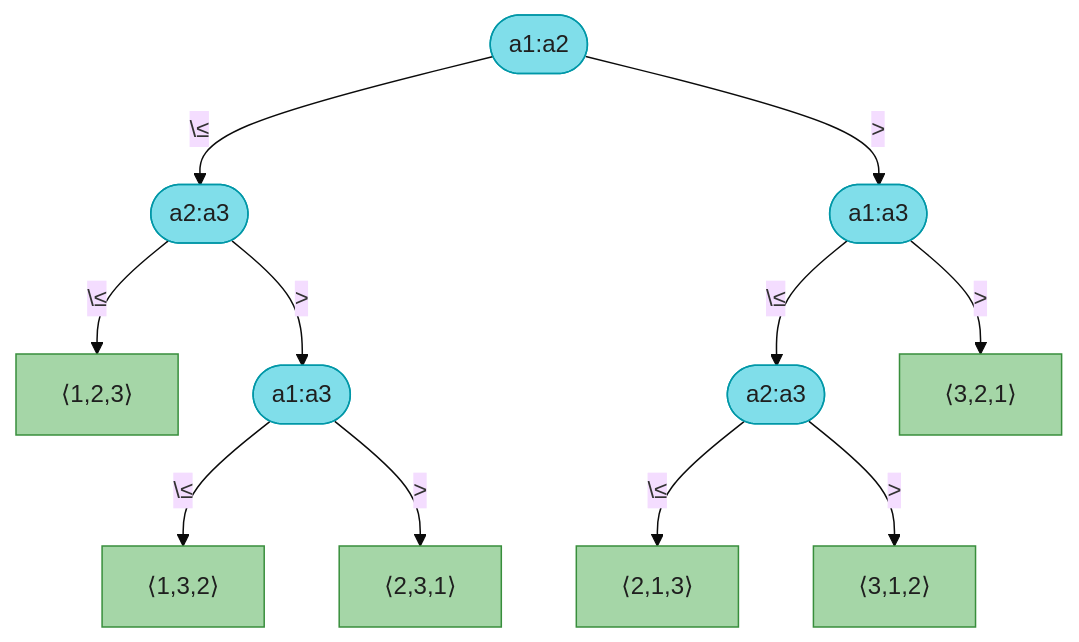
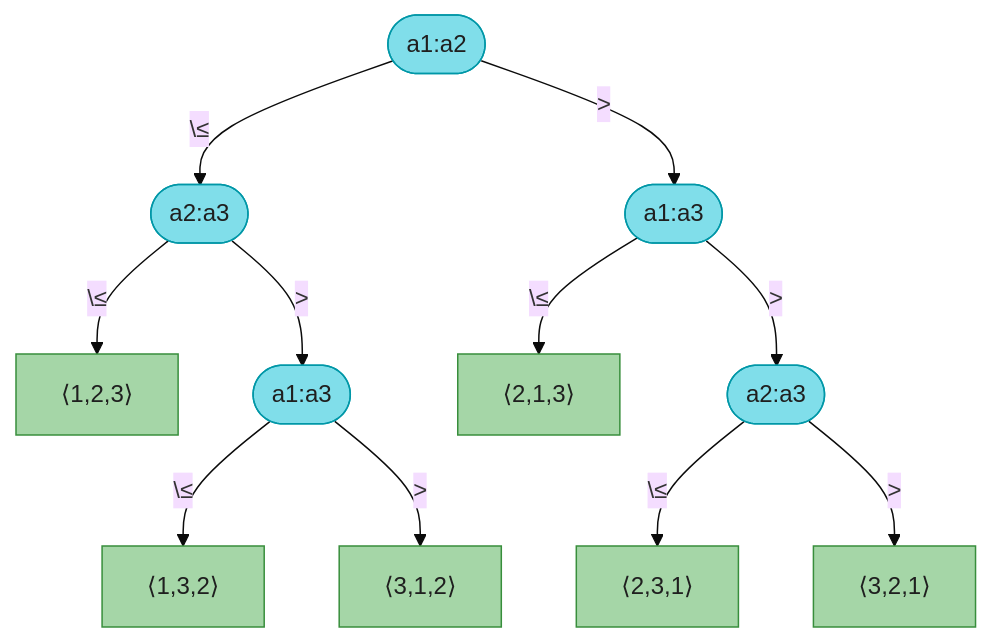
Before and after one commit to socoo123/book_reading: the diagram in IntroductionToAlgorithms/Chapter08_线性时间排序_深度版.md, drawn with Mermaid (base theme). The commit also changed other lines of this file and 19 other files, not shown here.

````diff
--- a/IntroductionToAlgorithms/Chapter08_线性时间排序_深度版.md
+++ b/IntroductionToAlgorithms/Chapter08_线性时间排序_深度版.md
@@ -28,18 +28,18 @@
 ```mermaid
 flowchart TD
     r(["a1:a2"]) -->|"\&le;"| n12(["a2:a3"])
     r -->|"&gt;"| n13(["a1:a3"])
     n12 -->|"\&le;"| L1["⟨1,2,3⟩"]
     n12 -->|"&gt;"| n23(["a1:a3"])
     n23 -->|"\&le;"| L2["⟨1,3,2⟩"]
-    n23 -->|"&gt;"| L3["⟨2,3,1⟩"]
-    n13 -->|"\&le;"| n24(["a2:a3"])
-    n13 -->|"&gt;"| L4["⟨3,2,1⟩"]
-    n24 -->|"\&le;"| L5["⟨2,1,3⟩"]
-    n24 -->|"&gt;"| L6["⟨3,1,2⟩"]
+    n23 -->|"&gt;"| L3["⟨3,1,2⟩"]
+    n13 -->|"\&le;"| L4["⟨2,1,3⟩"]
+    n13 -->|"&gt;"| n24(["a2:a3"])
+    n24 -->|"\&le;"| L5["⟨2,3,1⟩"]
+    n24 -->|"&gt;"| L6["⟨3,2,1⟩"]
 
     classDef cmp fill:#80DEEA,stroke:#0097A7,color:#1f1f1f
     classDef leaf fill:#A5D6A7,stroke:#388E3C,color:#1f1f1f
     class r,n12,n13,n23,n24 cmp
     class L1,L2,L3,L4,L5,L6 leaf
 ```
````
